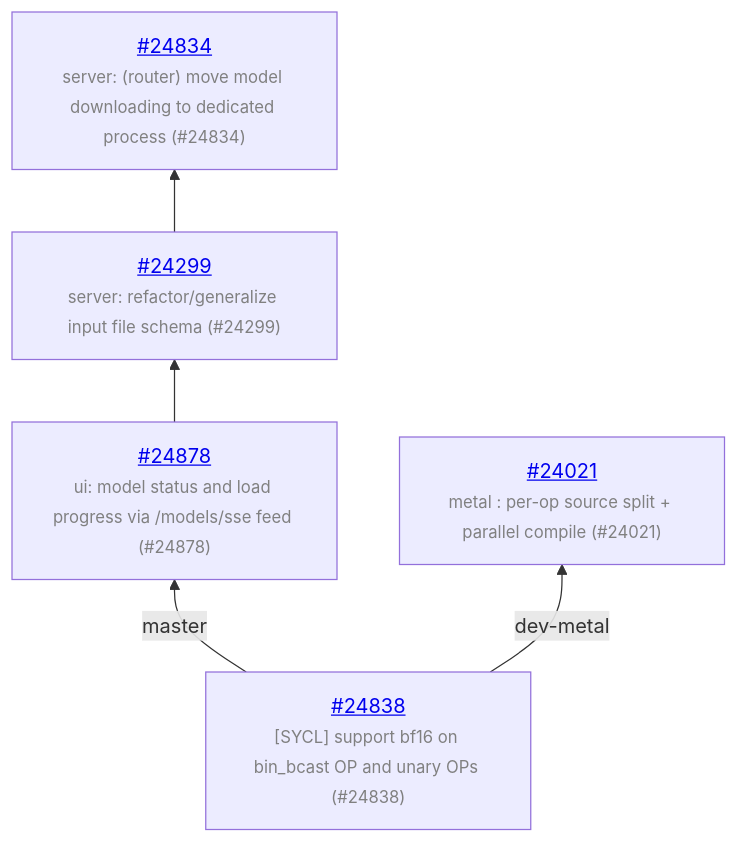
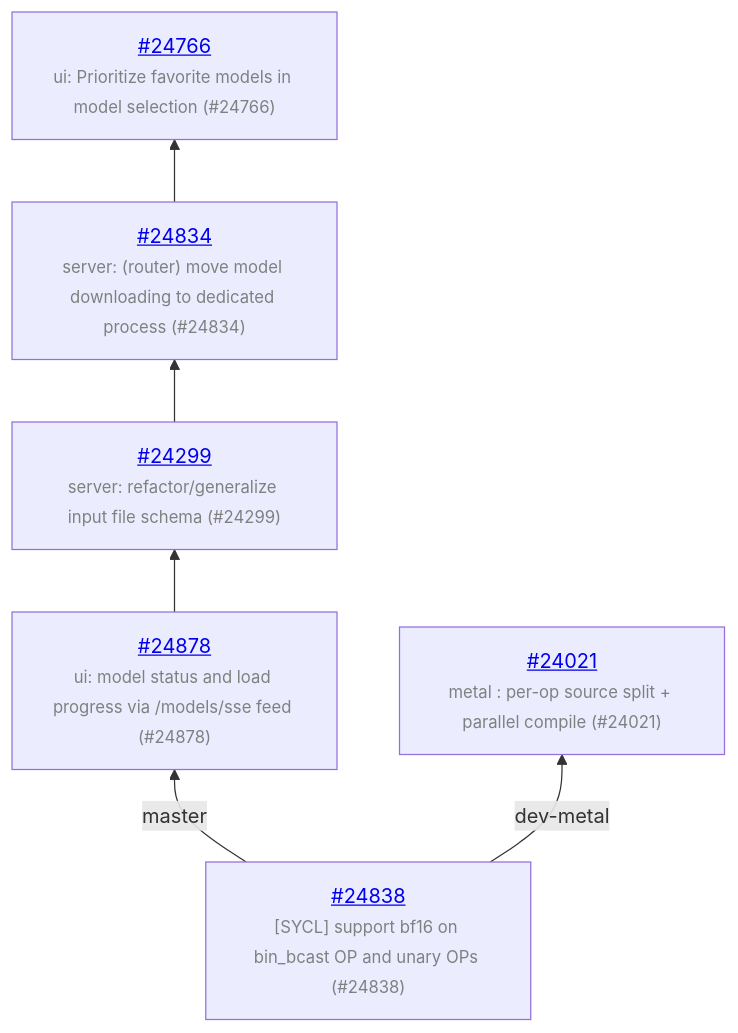
Before and after one commit to ggml-org/llama.cpp-dev: the diagram in README.md, drawn with Mermaid. The commit also changed other lines of this file and 1 other file, not shown here.

Commit message:
auto: update

````diff
--- a/README.md
+++ b/README.md
@@ -13,12 +13,14 @@
 ```mermaid
 graph BT
     COMMON["<a href='https://github.com/ggml-org/llama.cpp/pull/24838'>#24838</a><br/><span style='font-size:smaller;color:gray'>[SYCL] support bf16 on bin_bcast OP and unary OPs (#24838)</span>"]
     COMMON -->|master| C_099b579
     C_099b579["<a href='https://github.com/ggml-org/llama.cpp/pull/24878'>#24878</a><br/><span style='font-size:smaller;color:gray'>ui: model status and load progress via /models/sse feed (#24878)</span>"]
     C_099b579 --> C_6ee0f65
     C_6ee0f65["<a href='https://github.com/ggml-org/llama.cpp/pull/24299'>#24299</a><br/><span style='font-size:smaller;color:gray'>server: refactor/generalize input file schema (#24299)</span>"]
     C_6ee0f65 --> C_721354f
     C_721354f["<a href='https://github.com/ggml-org/llama.cpp/pull/24834'>#24834</a><br/><span style='font-size:smaller;color:gray'>server: (router) move model downloading to dedicated process (#24834)</span>"]
+    C_721354f --> C_9c0ac88
+    C_9c0ac88["<a href='https://github.com/ggml-org/llama.cpp/pull/24766'>#24766</a><br/><span style='font-size:smaller;color:gray'>ui: Prioritize favorite models in model selection (#24766)</span>"]
     COMMON -->|dev-metal| C_bec3083
     C_bec3083["<a href='https://github.com/ggml-org/llama.cpp/pull/24021'>#24021</a><br/><span style='font-size:smaller;color:gray'>metal : per-op source split + parallel compile (#24021)</span>"]
 ```
````
